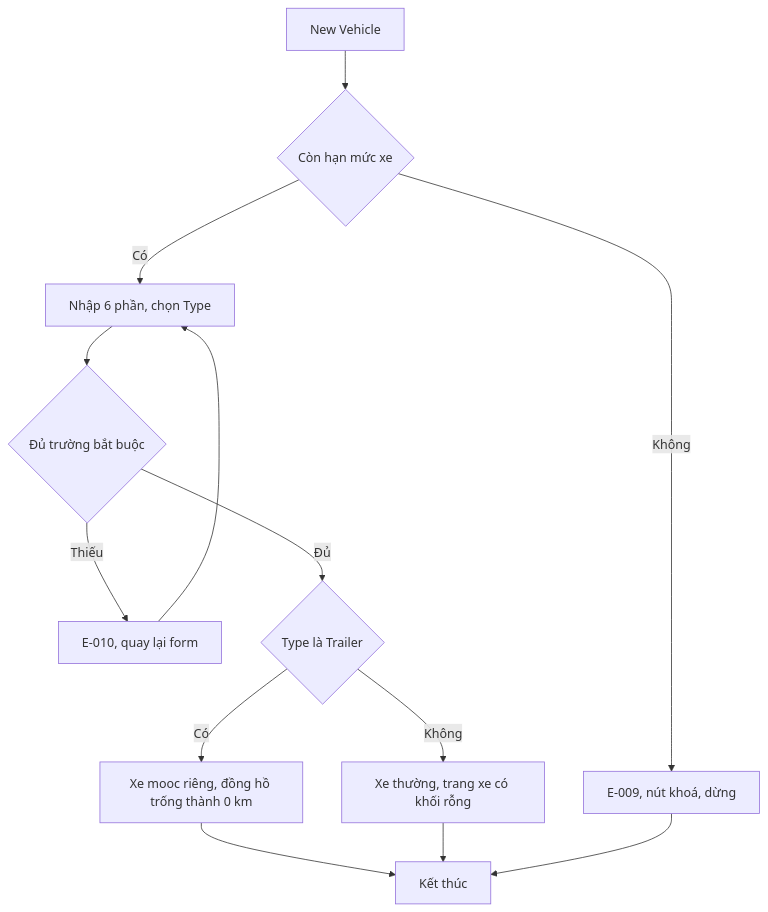
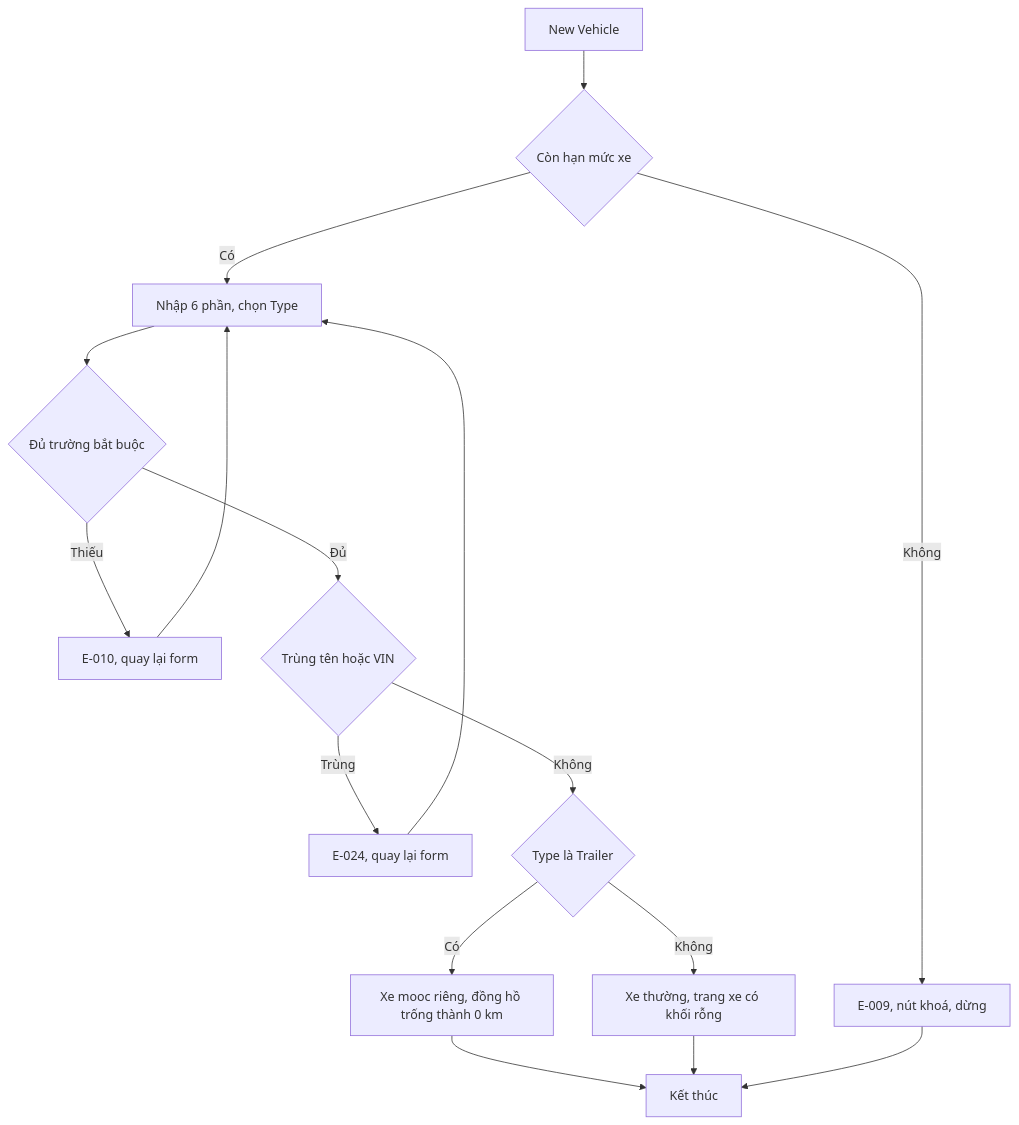
The fifth of 16 diagrams in docs/_research/fleetio/srs/fleetio-vehicle-flows.md (szitphan/invlogis), drawn with Mermaid before and after one commit. The commit also changed other lines of this file and 113 other files, not shown here.

````diff
--- a/docs/_research/fleetio/srs/fleetio-vehicle-flows.md
+++ b/docs/_research/fleetio/srs/fleetio-vehicle-flows.md
@@ -106,15 +108,18 @@
 ```mermaid
 flowchart TD
     A["New Vehicle"] --> B{"Còn hạn mức xe"}
     B -->|"Không"| E9["E-009, nút khoá, dừng"]
     B -->|"Có"| C["Nhập 6 phần, chọn Type"]
     C --> D{"Đủ trường bắt buộc"}
     D -->|"Thiếu"| E10["E-010, quay lại form"]
     E10 --> C
-    D -->|"Đủ"| F{"Type là Trailer"}
+    D -->|"Đủ"| D2{"Trùng tên hoặc VIN"}
+    D2 -->|"Trùng"| E24["E-024, quay lại form"]
+    E24 --> C
+    D2 -->|"Không"| F{"Type là Trailer"}
     F -->|"Có"| G["Xe mooc riêng, đồng hồ trống thành 0 km"]
     F -->|"Không"| H["Xe thường, trang xe có khối rỗng"]
     G --> Z["Kết thúc"]
     H --> Z
     E9 --> Z
 ```
````
